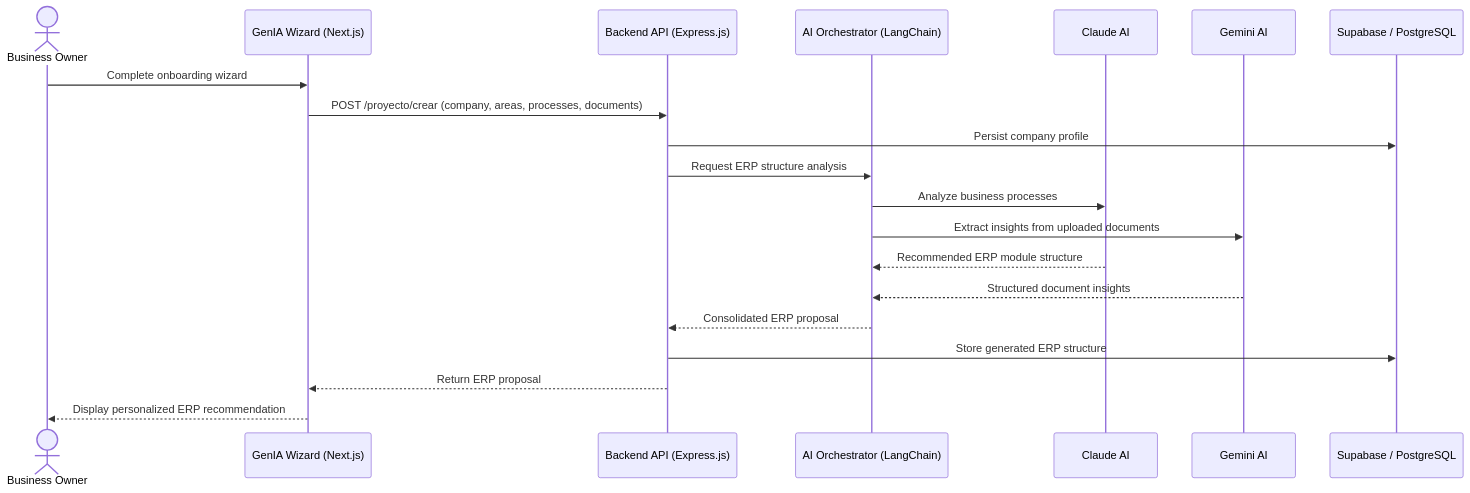
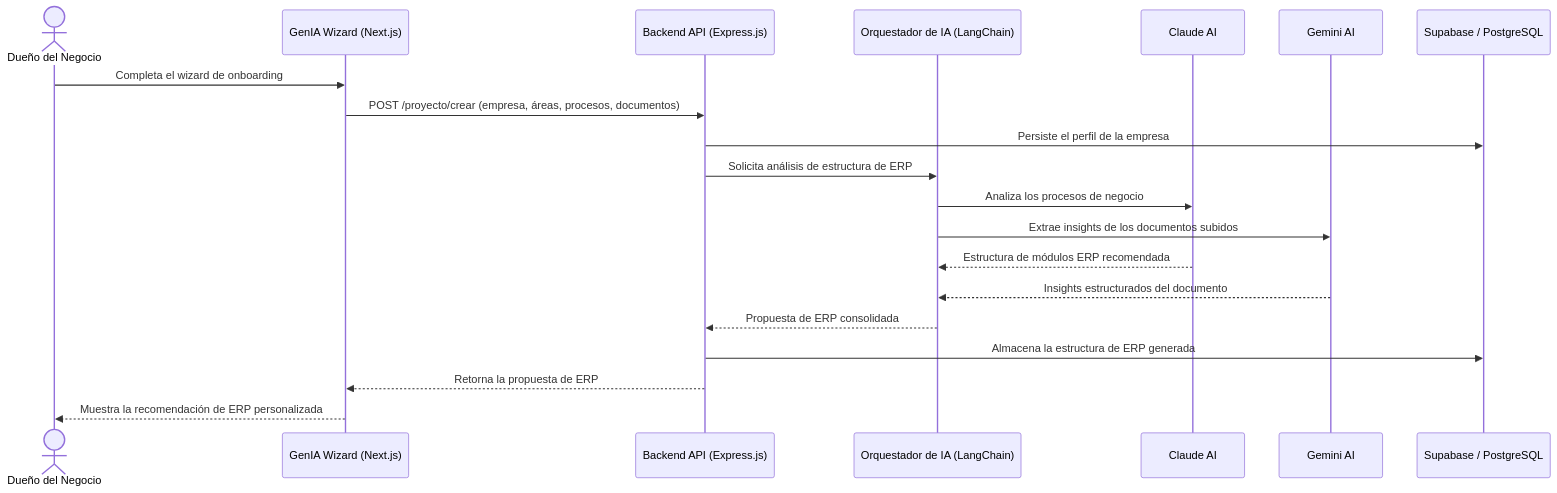
Before and after one commit to platanus-hack/platanus-hack-26-mx-team-15: the second of 3 diagrams in README.md, drawn with Mermaid. The commit also changed other lines of this file, not shown here.

````diff
--- a/README.md
+++ b/README.md
@@ -156,23 +156,23 @@
 ```mermaid
 sequenceDiagram
-    actor User as Business Owner
+    actor User as Dueño del Negocio
     participant FE as GenIA Wizard (Next.js)
     participant API as Backend API (Express.js)
-    participant AI as AI Orchestrator (LangChain)
+    participant AI as Orquestador de IA (LangChain)
     participant Claude as Claude AI
     participant Gemini as Gemini AI
     participant DB as Supabase / PostgreSQL
 
-    User->>FE: Complete onboarding wizard
-    FE->>API: POST /proyecto/crear (company, areas, processes, documents)
-    API->>DB: Persist company profile
-    API->>AI: Request ERP structure analysis
-    AI->>Claude: Analyze business processes
-    AI->>Gemini: Extract insights from uploaded documents
-    Claude-->>AI: Recommended ERP module structure
-    Gemini-->>AI: Structured document insights
-    AI-->>API: Consolidated ERP proposal
-    API->>DB: Store generated ERP structure
-    API-->>FE: Return ERP proposal
-    FE-->>User: Display personalized ERP recommendation
+    User->>FE: Completa el wizard de onboarding
+    FE->>API: POST /proyecto/crear (empresa, áreas, procesos, documentos)
+    API->>DB: Persiste el perfil de la empresa
+    API->>AI: Solicita análisis de estructura de ERP
+    AI->>Claude: Analiza los procesos de negocio
+    AI->>Gemini: Extrae insights de los documentos subidos
+    Claude-->>AI: Estructura de módulos ERP recomendada
+    Gemini-->>AI: Insights estructurados del documento
+    AI-->>API: Propuesta de ERP consolidada
+    API->>DB: Almacena la estructura de ERP generada
+    API-->>FE: Retorna la propuesta de ERP
+    FE-->>User: Muestra la recomendación de ERP personalizada
 ```
````
